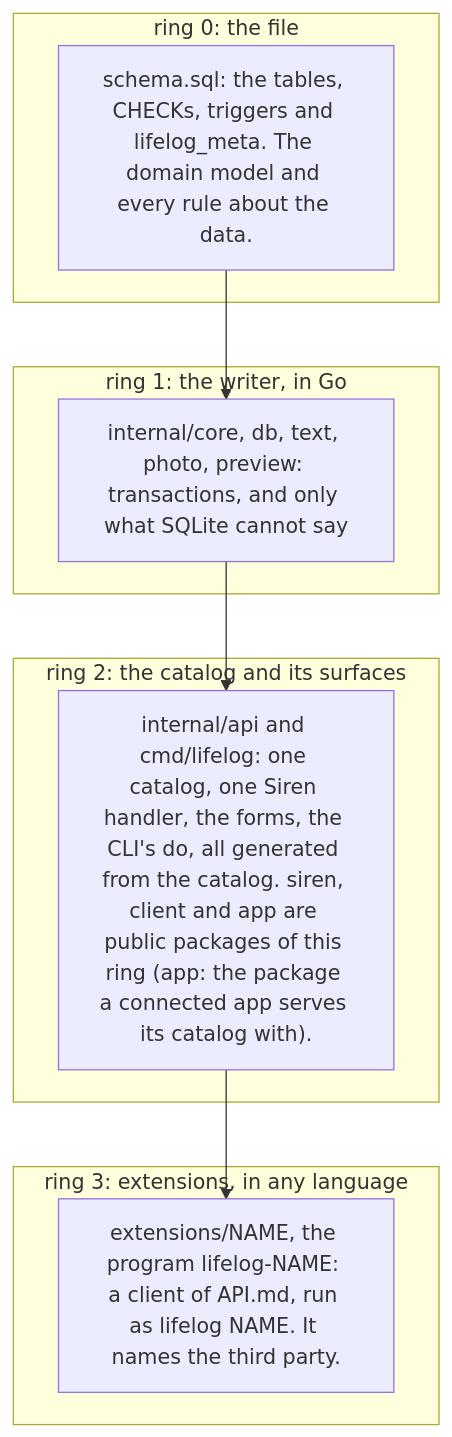
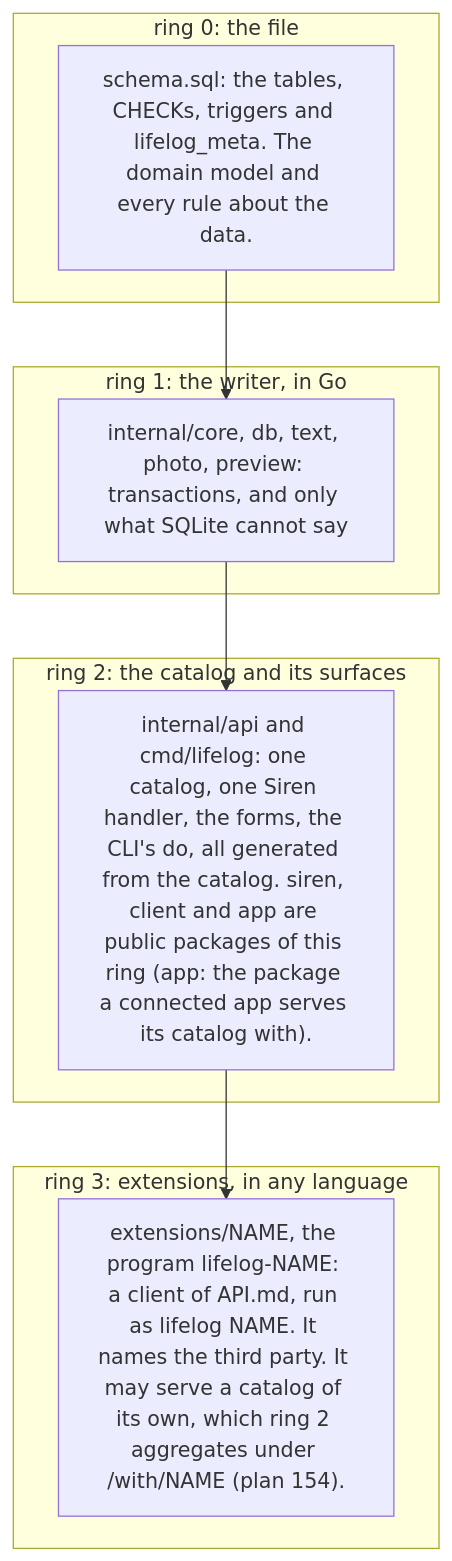
Before and after one commit to alexradunet/lifelogdb: the first of 2 diagrams in AGENTS.md, drawn with Mermaid. The commit also changed other lines of this file and 4 other files, not shown here.

First line of the commit message:
plan 154, part 3: the docs of a connected app: the protocol in the contract of an extension, API.md, the README and the rings

````diff
--- a/AGENTS.md
+++ b/AGENTS.md
@@ -156,16 +156,16 @@
 ```mermaid
 flowchart TB
   subgraph R0["ring 0: the file"]
     S["schema.sql: the tables, CHECKs, triggers and lifelog_meta. The domain model and every rule about the data."]
   end
   subgraph R1["ring 1: the writer, in Go"]
     C["internal/core, db, text, photo, preview: transactions, and only what SQLite cannot say"]
   end
   subgraph R2["ring 2: the catalog and its surfaces"]
     K["internal/api and cmd/lifelog: one catalog, one Siren handler, the forms, the CLI's do, all generated from the catalog. siren, client and app are public packages of this ring (app: the package a connected app serves its catalog with)."]
   end
   subgraph R3["ring 3: extensions, in any language"]
-    X["extensions/NAME, the program lifelog-NAME: a client of API.md, run as lifelog NAME. It names the third party."]
+    X["extensions/NAME, the program lifelog-NAME: a client of API.md, run as lifelog NAME. It names the third party. It may serve a catalog of its own, which ring 2 aggregates under /with/NAME (plan 154)."]
   end
   S --> C --> K --> X
 ```
````
